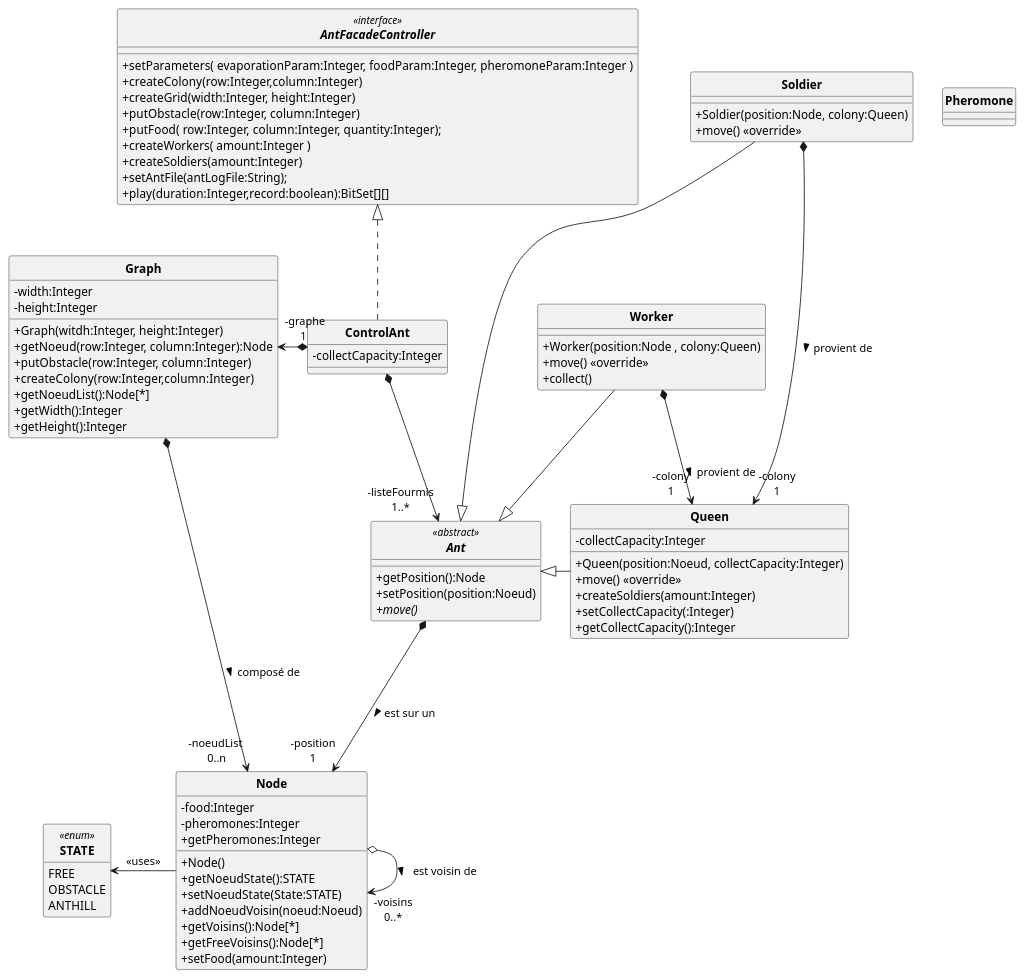
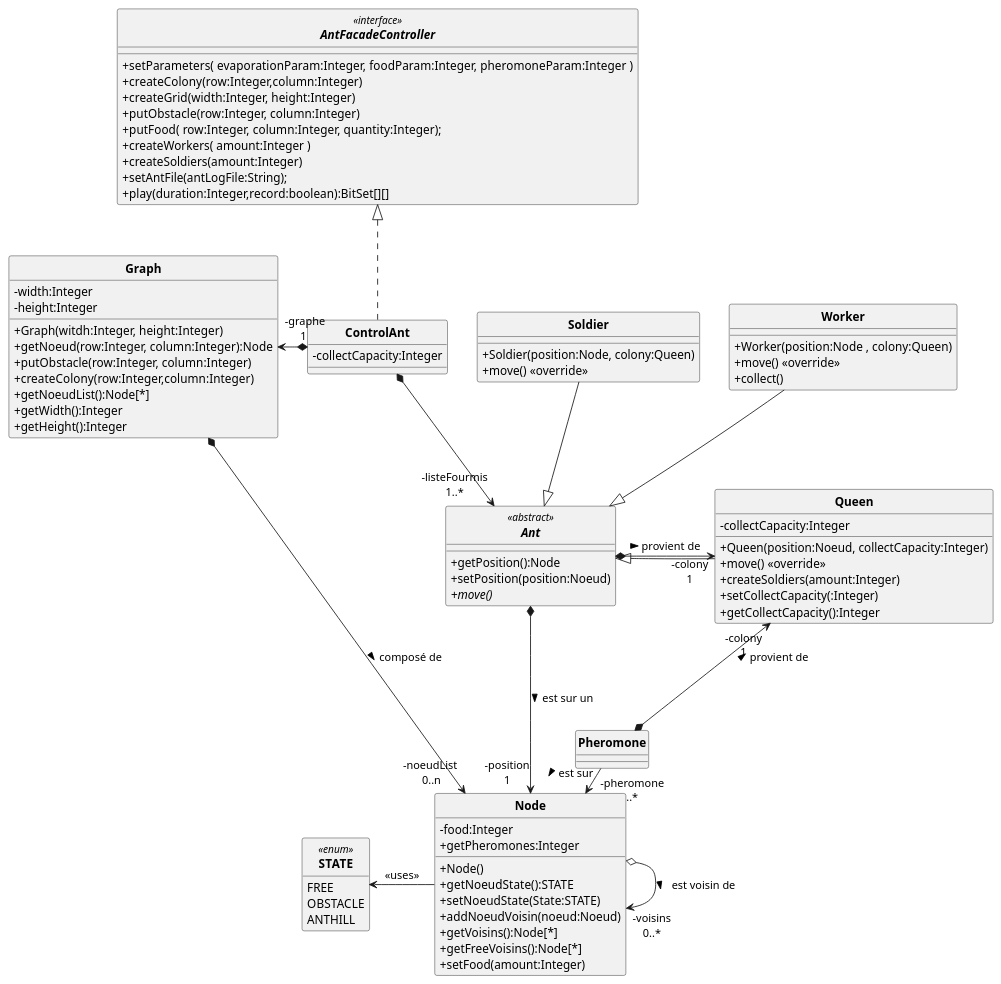
One commit to ErenMustafaGit/ColonieFourmis changed the diagram in src/main/uml/Fourmis_DC.puml. Above: the diagram before and after it, drawn with PlantUML. The commit also changed 1 other file, not shown here.

Commit message:
Fourmis_DC et DCa : Pheromone

```diff
--- a/src/main/uml/Fourmis_DC.puml
+++ b/src/main/uml/Fourmis_DC.puml
@@ -1,113 +1,113 @@
 @startuml
 'https://plantuml.com/sequence-diagram
 allow_mixing
 skinparam style strictuml
 skinparam classAttributeIconSize 0
 skinparam circledCharacterRadius 0
 skinparam circledCharacterFontSize 0
 skinparam classFontStyle Bold
 'autonumber
 hide enum methods
 
 'Controleur
 interface AntFacadeController <<interface>> {
     +setParameters( evaporationParam:Integer, foodParam:Integer, pheromoneParam:Integer )
     +createColony(row:Integer,column:Integer)
     +createGrid(width:Integer, height:Integer)
     +putObstacle(row:Integer, column:Integer)
     +putFood( row:Integer, column:Integer, quantity:Integer);
     +createWorkers( amount:Integer )
     +createSoldiers(amount:Integer)
     +setAntFile(antLogFile:String);
     +play(duration:Integer,record:boolean):BitSet[][]
 }
 
 class Node {
     -food:Integer
-    -pheromones:Integer
     +Node()
     +getNoeudState():STATE
     +setNoeudState(State:STATE)
     +addNoeudVoisin(noeud:Noeud)
     +getVoisins():Node[*]
     +getFreeVoisins():Node[*]
     +getPheromones:Integer
     +setFood(amount:Integer)
 }
 enum STATE <<enum>> {
     FREE
     OBSTACLE
     ANTHILL
 }
 
 'class Food{
 '    -amount:Integer
 '    +Food()
 '}
 class Pheromone{
 }
 
 
 abstract Ant <<abstract>> {
     +getPosition():Node
     +setPosition(position:Noeud)
     {abstract} +move()
 }
 class Queen{
     -collectCapacity:Integer
     +Queen(position:Noeud, collectCapacity:Integer)
     +move() <<override>>
     +createSoldiers(amount:Integer)
     +setCollectCapacity(:Integer)
     +getCollectCapacity():Integer
 }
 class Soldier{
     +Soldier(position:Node, colony:Queen)
     +move() <<override>>
 }
 
 class Worker {
     +Worker(position:Node , colony:Queen)
     +move() <<override>>
     +collect()
 }
 
 
 class ControlAnt implements AntFacadeController{
     -collectCapacity:Integer
 }
 
 
 class Graph{
  -width:Integer
  -height:Integer
  +Graph(witdh:Integer, height:Integer)
  +getNoeud(row:Integer, column:Integer):Node
  +putObstacle(row:Integer, column:Integer)
  +createColony(row:Integer,column:Integer)
  +getNoeudList():Node[*]
  +getWidth():Integer
  +getHeight():Integer
 }
 
 
 Soldier --|> Ant
 Queen -l-|> Ant
 Worker --|> Ant
 
 ControlAnt "-graphe\n1 " *-l-> Graph
 ControlAnt  *--> "-listeFourmis\n1..*" Ant
 
 Graph *-r-> "-noeudList \n0..n" Node : composé de >
 'historique = liste de noeud déjà passé par la fourmi
 '"-position 1\n-historique 0..*"
 Ant *---> "-position\n1" Node  : est sur un >
 Node o-> "-voisins\n0..*"  Node  : est voisin de >
 
 Node -l-> STATE : <<uses>>
 'Node --> "-food\n1" Food : contient >
 
-Soldier *---> "-colony\n1" Queen : provient de >
-Worker *--> "-colony\n1" Queen : provient de >
+Ant *-> "-colony\n1" Queen : provient de >
+Pheromone *-u-> "-colony\n1" Queen : provient de >
+Pheromone -> "-pheromone\n..*" Node : est sur >
 
 @enduml
```
